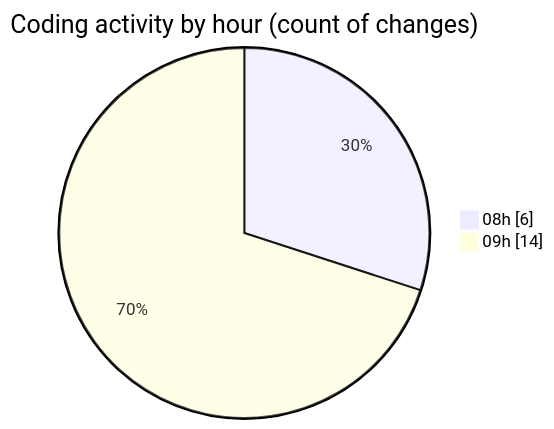
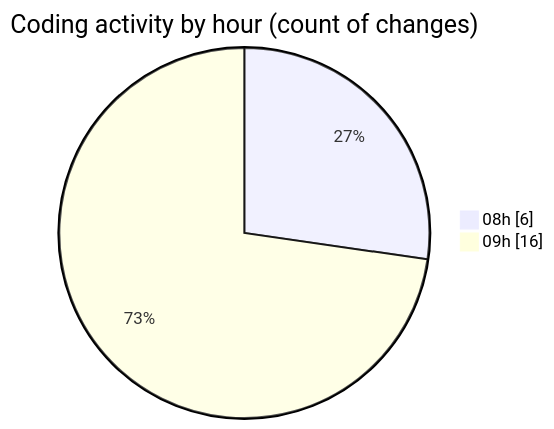
The second of 2 diagrams in 2025-04-11/zeytoon/README.md (vahidmafi/code-tracking), drawn with Mermaid before and after one commit. The commit also changed other lines of this file and 1 other file, not shown here.

````diff
--- a/2025-04-11/zeytoon/README.md
+++ b/2025-04-11/zeytoon/README.md
@@ -32,6 +32,6 @@
 ```mermaid
 pie showData
 title Coding activity by hour (count of changes)
 "08h" : 6
-"09h" : 14
+"09h" : 16
 ```
````
